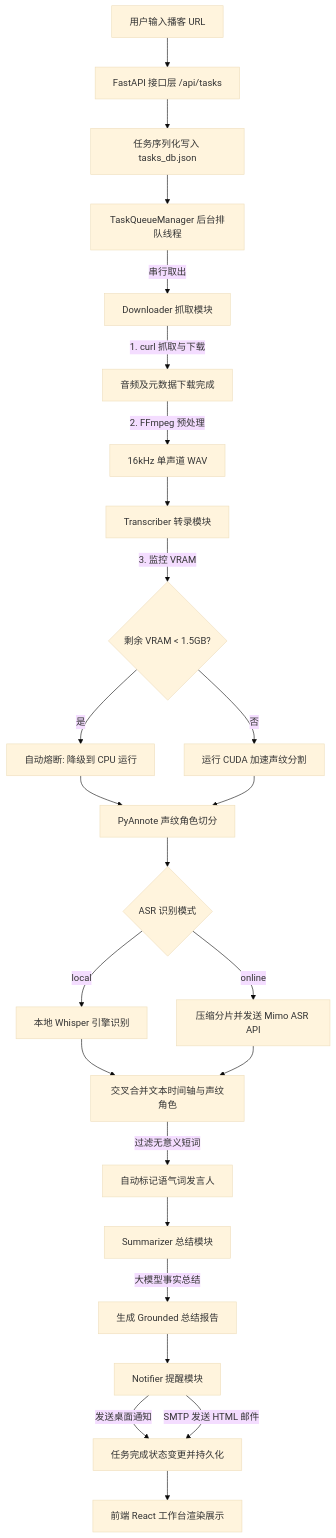
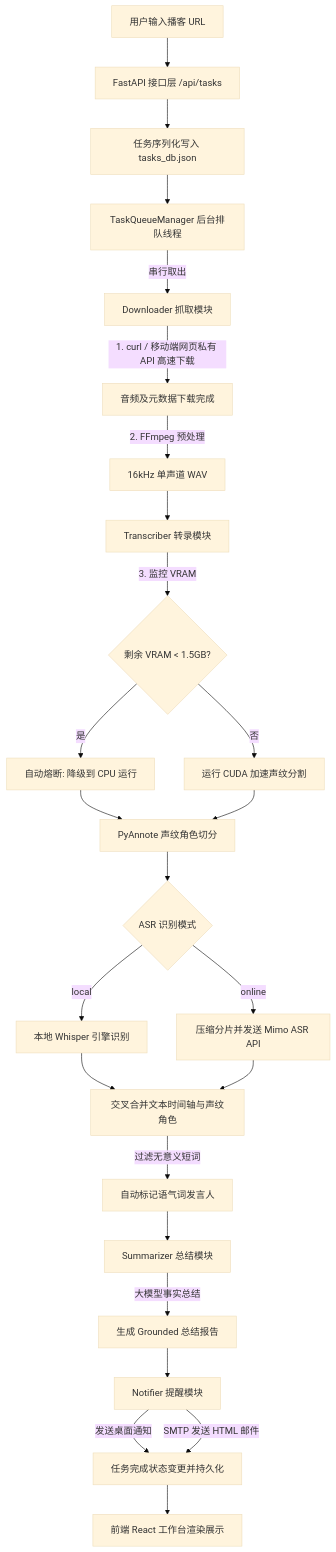
One commit to quentin2001/whisperMe changed the second of 2 diagrams in README.md. Above: the diagram before and after it, drawn with Mermaid (base theme). The commit also changed other lines of this file and 4 other files, not shown here.

````diff
--- a/README.md
+++ b/README.md
@@ -146,27 +151,27 @@
 ```mermaid
 graph TD
     A["用户输入播客 URL"] --> B["FastAPI 接口层 /api/tasks"]
     B --> C["任务序列化写入 tasks_db.json"]
     C --> D["TaskQueueManager 后台排队线程"]
     D -->|"串行取出"| E["Downloader 抓取模块"]
-    E -->|"1. curl 抓取与下载"| F["音频及元数据下载完成"]
+    E -->|"1. curl / 移动端网页私有 API 高速下载"| F["音频及元数据下载完成"]
     F -->|"2. FFmpeg 预处理"| G["16kHz 单声道 WAV"]
     G --> H["Transcriber 转录模块"]
     H -->|"3. 监控 VRAM"| I{"剩余 VRAM < 1.5GB?"}
     I -->|"是"| J["自动熔断: 降级到 CPU 运行"]
     I -->|"否"| K["运行 CUDA 加速声纹分割"]
     J --> L["PyAnnote 声纹角色切分"]
     K --> L
     L --> M{"ASR 识别模式"}
     M -->|"local"| N["本地 Whisper 引擎识别"]
     M -->|"online"| O["压缩分片并发送 Mimo ASR API"]
     N --> P["交叉合并文本时间轴与声纹角色"]
     O --> P
     P -->|"过滤无意义短词"| Q["自动标记语气词发言人"]
     Q --> R["Summarizer 总结模块"]
     R -->|"大模型事实总结"| S["生成 Grounded 总结报告"]
     S --> T["Notifier 提醒模块"]
     T -->|"发送桌面通知"| U["任务完成状态变更并持久化"]
     T -->|"SMTP 发送 HTML 邮件"| U
     U --> V["前端 React 工作台渲染展示"]
 ```
````
